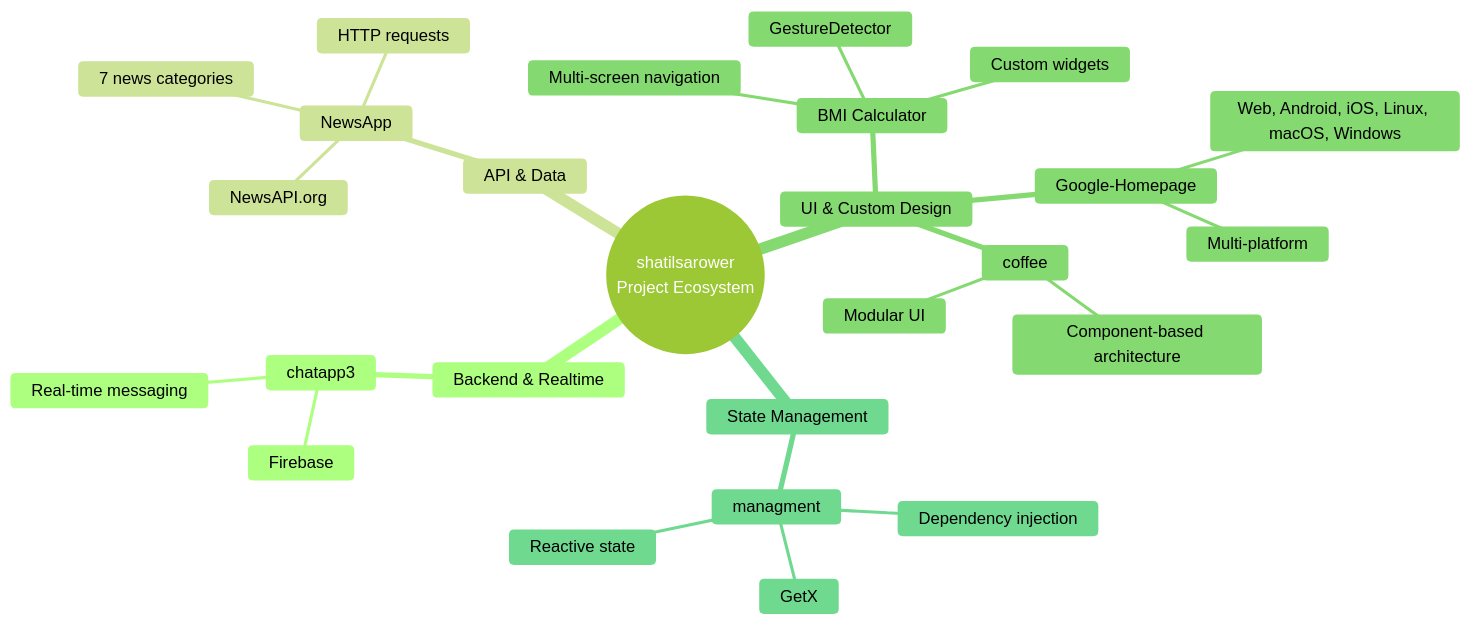
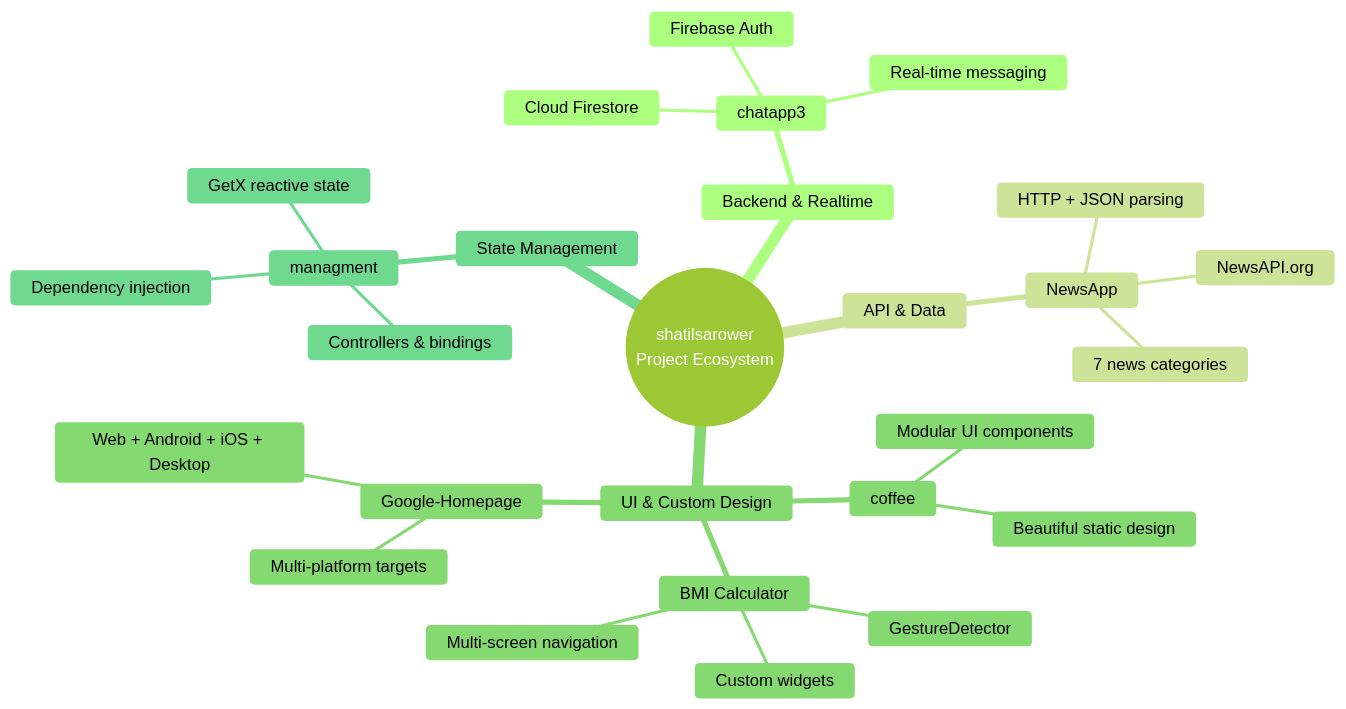
One commit to shatilsarower/shatilsarower.github.io changed the third of 12 diagrams in README.md. Above: the diagram before and after it, drawn with Mermaid (forest theme). The commit also changed other lines of this file, not shown here.

````diff
--- a/README.md
+++ b/README.md
@@ -170,29 +167,30 @@
 ```mermaid
 mindmap
   root((shatilsarower<br/>Project Ecosystem))
     Backend & Realtime
       chatapp3
-        Firebase
+        Firebase Auth
+        Cloud Firestore
         Real-time messaging
     API & Data
       NewsApp
         NewsAPI.org
-        HTTP requests
+        HTTP + JSON parsing
         7 news categories
     UI & Custom Design
       BMI Calculator
         Custom widgets
         Multi-screen navigation
         GestureDetector
       coffee
-        Modular UI
-        Component-based architecture
+        Modular UI components
+        Beautiful static design
       Google-Homepage
-        Multi-platform
-        Web, Android, iOS, Linux, macOS, Windows
+        Multi-platform targets
+        Web + Android + iOS + Desktop
     State Management
       managment
-        GetX
-        Reactive state
+        GetX reactive state
         Dependency injection
+        Controllers & bindings
 ```
````
